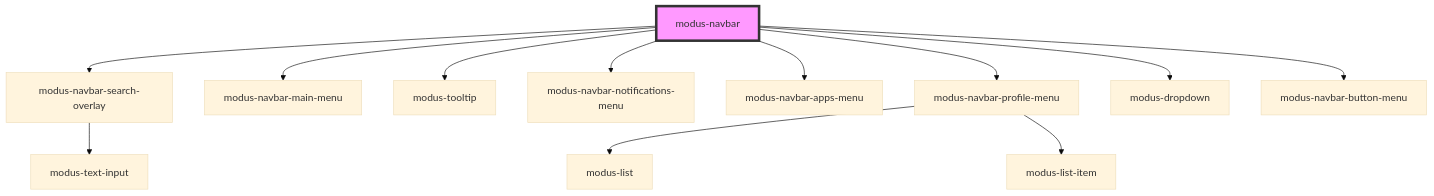
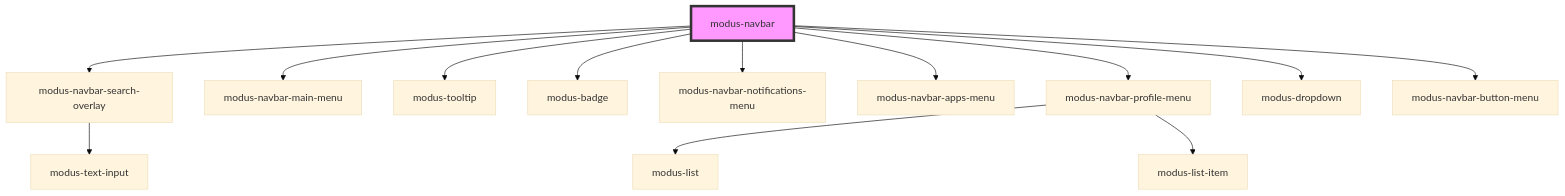
One commit to trimble-oss/modus-web-components changed the diagram in stencil-workspace/src/components/modus-navbar/readme.md. Above: the diagram before and after it, drawn with Mermaid (base theme). The commit also changed other lines of this file and 6 other files, not shown here.

````diff
--- a/stencil-workspace/src/components/modus-navbar/readme.md
+++ b/stencil-workspace/src/components/modus-navbar/readme.md
@@ -85,15 +87,16 @@
 ```mermaid
 graph TD;
   modus-navbar --> modus-navbar-search-overlay
   modus-navbar --> modus-navbar-main-menu
   modus-navbar --> modus-tooltip
+  modus-navbar --> modus-badge
   modus-navbar --> modus-navbar-notifications-menu
   modus-navbar --> modus-navbar-apps-menu
   modus-navbar --> modus-navbar-profile-menu
   modus-navbar --> modus-dropdown
   modus-navbar --> modus-navbar-button-menu
   modus-navbar-search-overlay --> modus-text-input
   modus-navbar-profile-menu --> modus-list
   modus-navbar-profile-menu --> modus-list-item
   style modus-navbar fill:#f9f,stroke:#333,stroke-width:4px
 ```
````
